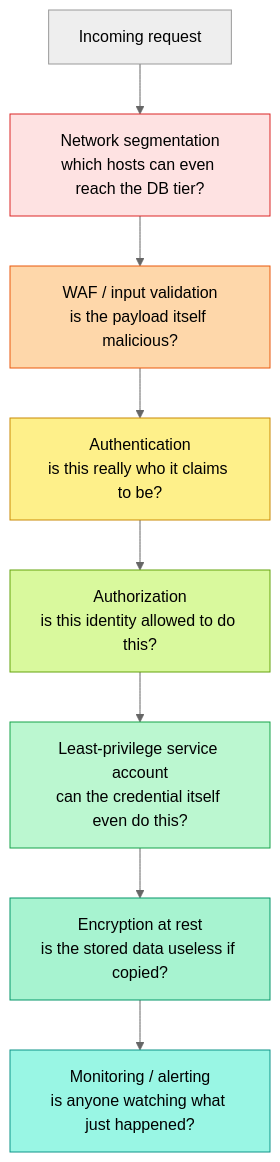
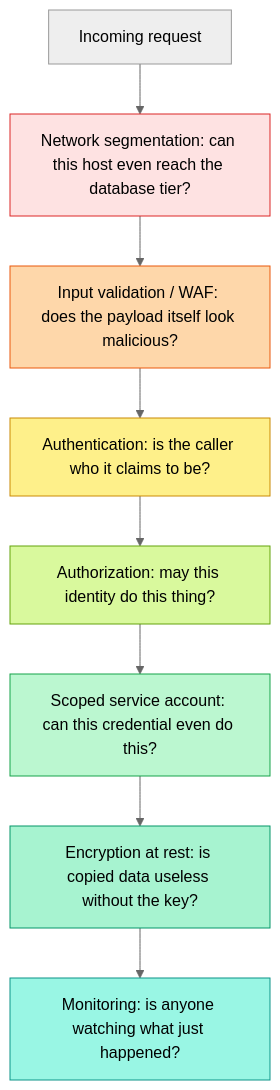
The first of 3 diagrams in src/content/security/defense-depth/L2-concept.mdx (francoandreDev/knowledge), drawn with Mermaid (neutral theme) before and after one commit. The commit also changed other lines of this file and 3 other files, not shown here.

````diff
--- a/src/content/security/defense-depth/L2-concept.mdx
+++ b/src/content/security/defense-depth/L2-concept.mdx
@@ -30,17 +32,17 @@
 ```mermaid
 flowchart TD
-    Req[Incoming request] --> L1[Network segmentation\nwhich hosts can even reach the DB tier?]
-    L1 --> L2[WAF / input validation\nis the payload itself malicious?]
-    L2 --> L3[Authentication\nis this really who it claims to be?]
-    L3 --> L4[Authorization\nis this identity allowed to do this?]
-    L4 --> L5[Least-privilege service account\ncan the credential itself even do this?]
-    L5 --> L6[Encryption at rest\nis the stored data useless if copied?]
-    L6 --> L7[Monitoring / alerting\nis anyone watching what just happened?]
-    style L1 fill:#fee2e2,stroke:#dc2626
-    style L2 fill:#fed7aa,stroke:#ea580c
-    style L3 fill:#fef08a,stroke:#ca8a04
-    style L4 fill:#d9f99d,stroke:#65a30d
-    style L5 fill:#bbf7d0,stroke:#16a34a
-    style L6 fill:#a7f3d0,stroke:#059669
-    style L7 fill:#99f6e4,stroke:#0d9488
+    Req[Incoming request] --> N["Network segmentation: can this host even reach the database tier?"]
+    N --> W["Input validation / WAF: does the payload itself look malicious?"]
+    W --> Au["Authentication: is the caller who it claims to be?"]
+    Au --> Az["Authorization: may this identity do this thing?"]
+    Az --> LP["Scoped service account: can this credential even do this?"]
+    LP --> E["Encryption at rest: is copied data useless without the key?"]
+    E --> M["Monitoring: is anyone watching what just happened?"]
+    style N fill:#fee2e2,stroke:#dc2626
+    style W fill:#fed7aa,stroke:#ea580c
+    style Au fill:#fef08a,stroke:#ca8a04
+    style Az fill:#d9f99d,stroke:#65a30d
+    style LP fill:#bbf7d0,stroke:#16a34a
+    style E fill:#a7f3d0,stroke:#059669
+    style M fill:#99f6e4,stroke:#0d9488
 ```
````
